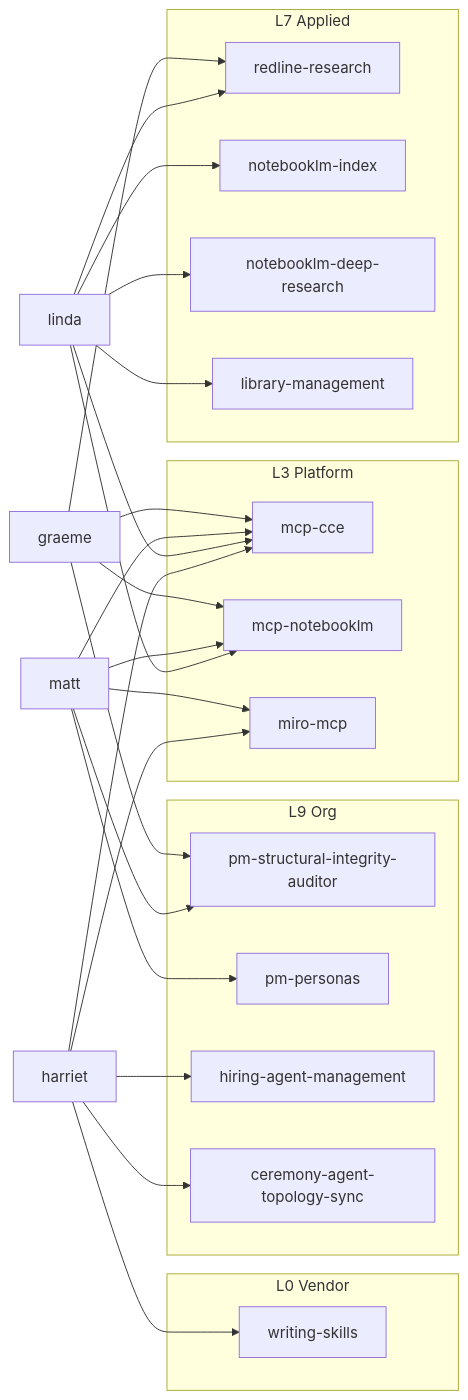
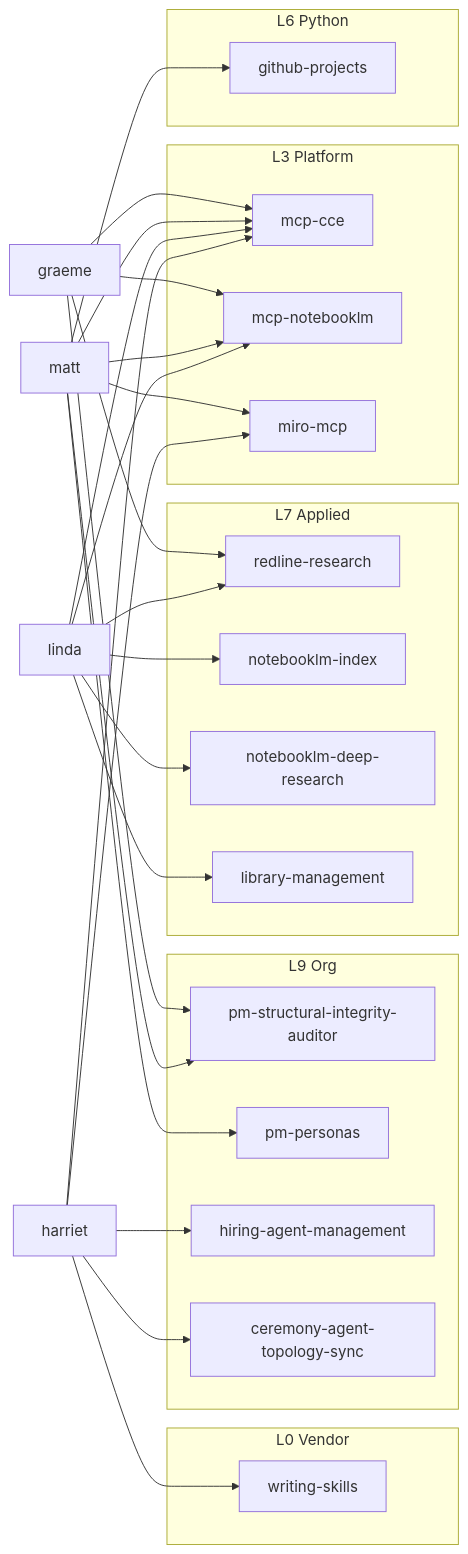
Before and after one commit to redmarklogic/redline: the third of 3 diagrams in docs/architecture/skills-architecture.md, drawn with Mermaid. The commit also changed other lines of this file and 19 other files, not shown here.

````diff
--- a/docs/architecture/skills-architecture.md
+++ b/docs/architecture/skills-architecture.md
@@ -400,55 +411,60 @@
 ```mermaid
 graph LR
     grm[graeme]
     mtt[matt]
     lnd[linda]
     hrr[harriet]
 
     subgraph L0[L0 Vendor]
         ws[writing-skills]
     end
 
     subgraph L3[L3 Platform]
         cce[mcp-cce]
         nlm[mcp-notebooklm]
         mro[miro-mcp]
+    end
+
+    subgraph L6[L6 Python]
+        ghp[github-projects]
     end
 
     subgraph L7[L7 Applied]
         rr[redline-research]
         nli[notebooklm-index]
         nld[notebooklm-deep-research]
         lib[library-management]
     end
 
     subgraph L9[L9 Org]
         psi[pm-structural-integrity-auditor]
         ppers[pm-personas]
         ham[hiring-agent-management]
         cat[ceremony-agent-topology-sync]
     end
 
     grm --> nlm
     grm --> rr
     grm --> psi
     grm --> cce
 
     mtt --> mro
     mtt --> nlm
     mtt --> psi
     mtt --> cce
     mtt --> ppers
+    mtt --> ghp
 
     lnd --> lib
     lnd --> nli
     lnd --> nld
     lnd --> nlm
     lnd --> rr
     lnd --> cce
 
     hrr --> ham
     hrr --> ws
     hrr --> cat
     hrr --> mro
     hrr --> cce
 ```
````
